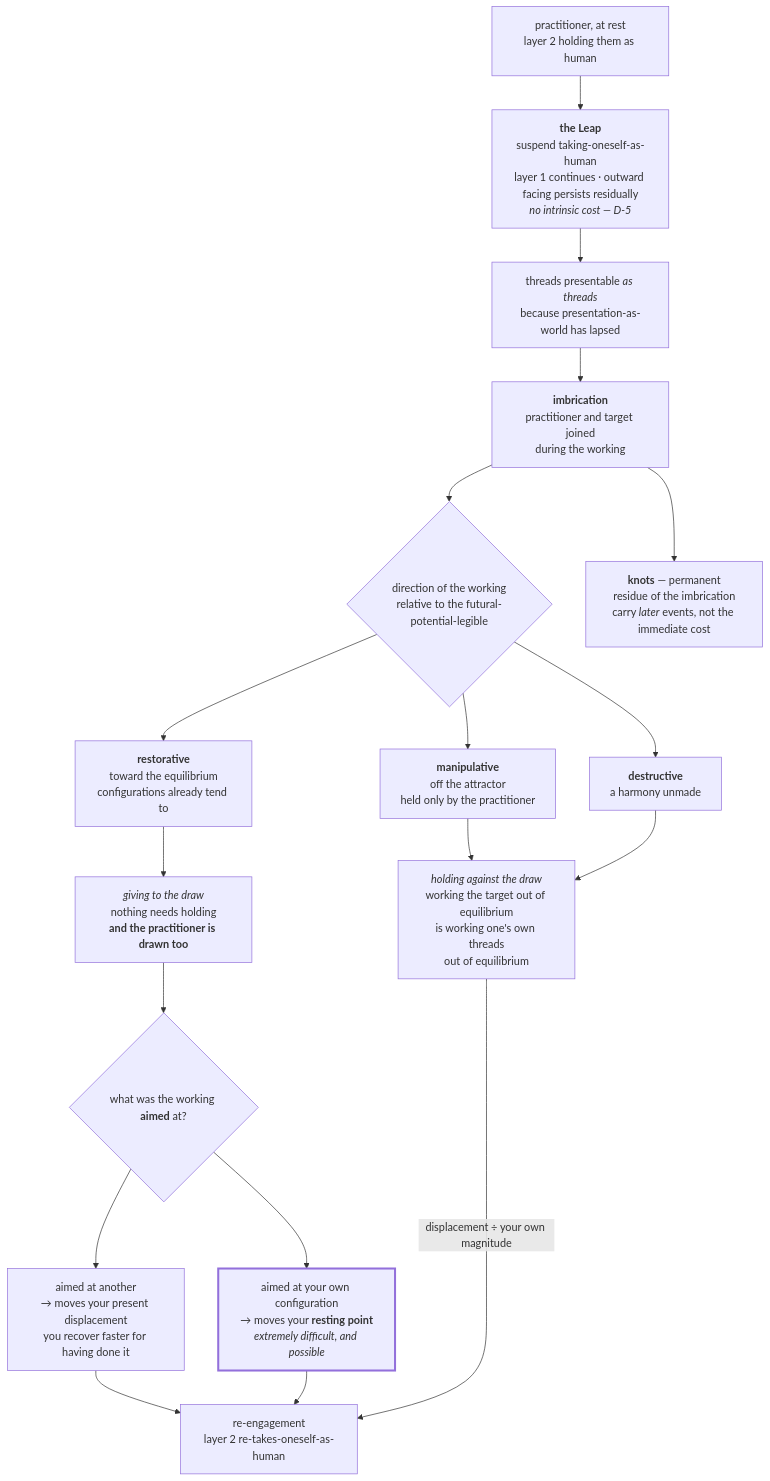
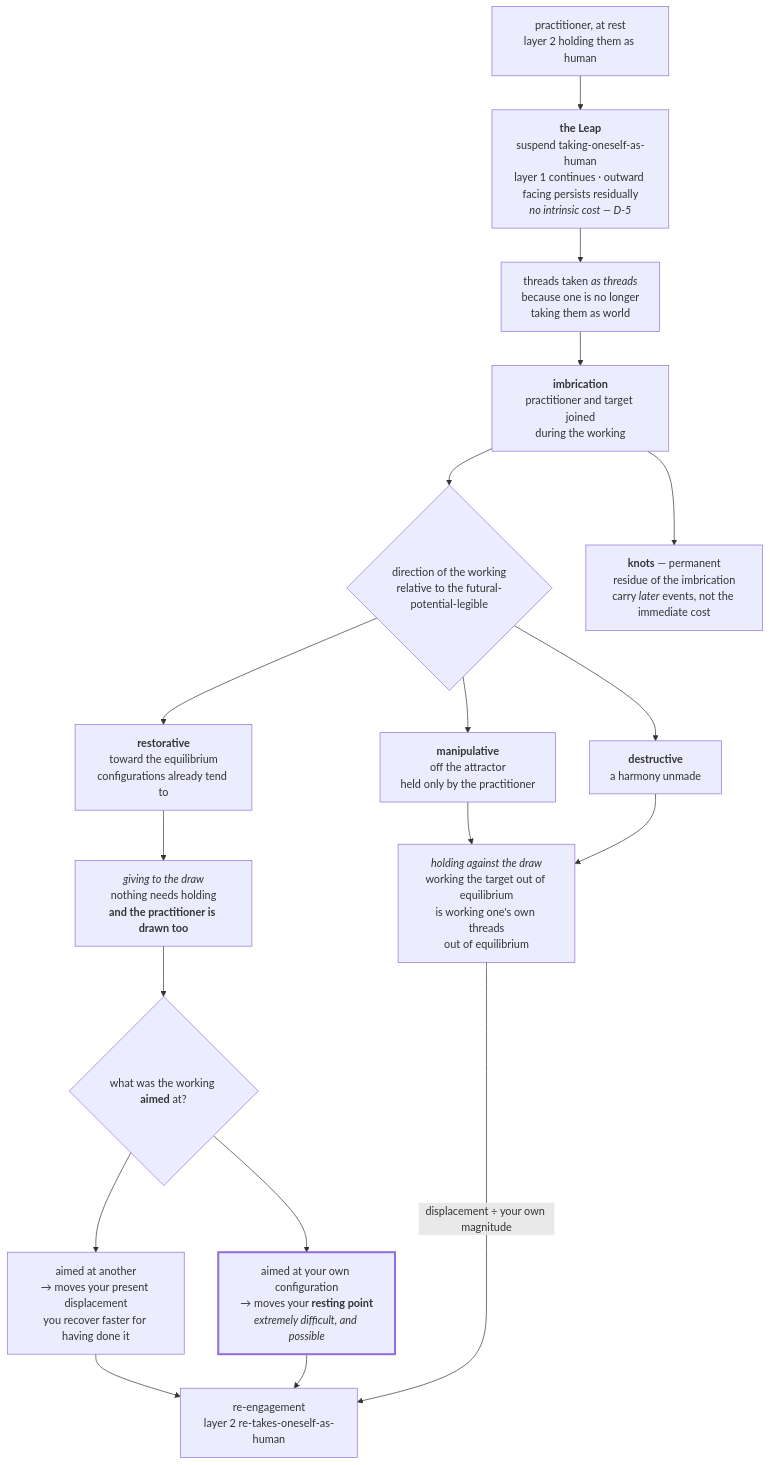
Before and after one commit to jordanelias/ttrpg: the third of 8 diagrams in canon/philosophy/DIAGRAM.md, drawn with Mermaid. The commit also changed other lines of this file and 6 other files, not shown here.

````diff
--- a/canon/philosophy/DIAGRAM.md
+++ b/canon/philosophy/DIAGRAM.md
@@ -78,32 +79,32 @@
 ```mermaid
 flowchart TD
     A["practitioner, at rest<br/>layer 2 holding them as human"]
     B["<b>the Leap</b><br/>suspend taking-oneself-as-human<br/>layer 1 continues · outward facing persists residually<br/><i>no intrinsic cost — D-5</i>"]
-    C["threads presentable <i>as threads</i><br/>because presentation-as-world has lapsed"]
+    C["threads taken <i>as threads</i><br/>because one is no longer<br/>taking them as world"]
     D["<b>imbrication</b><br/>practitioner and target joined<br/>during the working"]
     E{"direction of the working<br/>relative to the futural-potential-legible"}
     F["<b>restorative</b><br/>toward the equilibrium<br/>configurations already tend to"]
     G["<b>manipulative</b><br/>off the attractor<br/>held only by the practitioner"]
     H["<b>destructive</b><br/>a harmony unmade"]
     I["<i>giving to the draw</i><br/>nothing needs holding<br/><b>and the practitioner is drawn too</b>"]
     J["<i>holding against the draw</i><br/>working the target out of equilibrium<br/>is working one's own threads<br/>out of equilibrium"]
     M{"what was the working <b>aimed</b> at?"}
     N["aimed at another<br/>→ moves your present displacement<br/>you recover faster for having done it"]
     O["aimed at your own configuration<br/>→ moves your <b>resting point</b><br/><i>extremely difficult, and possible</i>"]
     K["<b>knots</b> — permanent<br/>residue of the imbrication<br/>carry <i>later</i> events, not the immediate cost"]
     L["re-engagement<br/>layer 2 re-takes-oneself-as-human"]
 
     A --> B --> C --> D --> E
     E --> F --> I
     E --> G --> J
     E --> H --> J
     I --> M
     M --> N
     M --> O
     N --> L
     O --> L
     J -->|"displacement ÷ your own magnitude"| L
     D --> K
 
     style O stroke-width:3px
 ```
````
